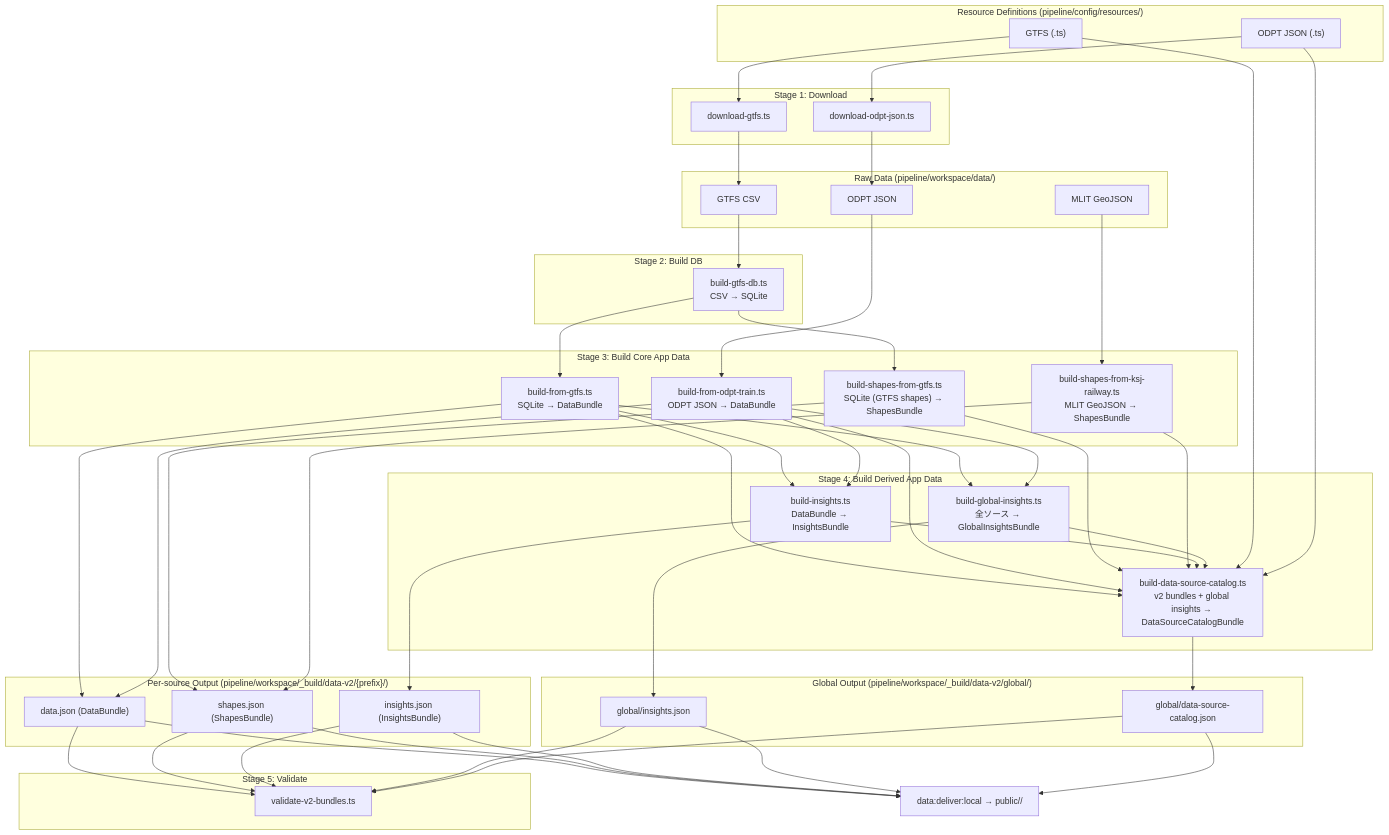
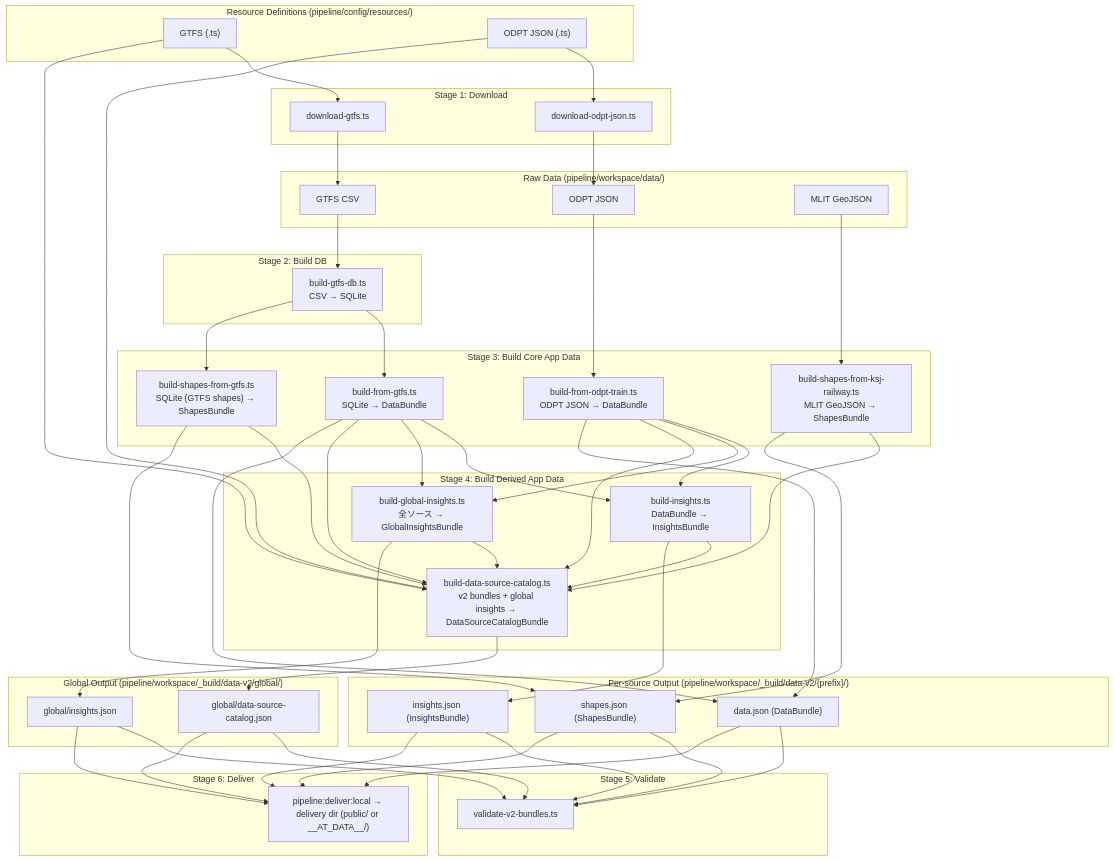
Before and after one commit to F88/athenai-transit: the diagram in pipeline/README.md, drawn with Mermaid. The commit also changed other lines of this file and 16 other files, not shown here.

First line of the commit message:
refactor(pipeline): complete Stage 6 move (refs, docs, dev plugin)

````diff
--- a/pipeline/README.md
+++ b/pipeline/README.md
@@ -78,71 +80,73 @@
 ```mermaid
 flowchart TD
     subgraph src["Resource Definitions (pipeline/config/resources/)"]
         GR["GTFS (.ts)"]
         OR["ODPT JSON (.ts)"]
     end
 
     subgraph dl["Stage 1: Download"]
         GR --> DG["download-gtfs.ts"]
         OR --> DO["download-odpt-json.ts"]
     end
 
     subgraph raw["Raw Data (pipeline/workspace/data/)"]
         DG --> CSV["GTFS CSV"]
         DO --> OJSON["ODPT JSON"]
         MLIT["MLIT GeoJSON"]
     end
 
     subgraph s2["Stage 2: Build DB"]
         CSV --> DB["build-gtfs-db.ts<br/>CSV → SQLite"]
     end
 
     subgraph s3["Stage 3: Build Core App Data"]
         DB --> BD["build-from-gtfs.ts<br/>SQLite → DataBundle"]
         OJSON --> BO["build-from-odpt-train.ts<br/>ODPT JSON → DataBundle"]
         DB --> BGS["build-shapes-from-gtfs.ts<br/>SQLite (GTFS shapes) → ShapesBundle"]
         MLIT --> BKS["build-shapes-from-ksj-railway.ts<br/>MLIT GeoJSON → ShapesBundle"]
     end
 
     subgraph s4["Stage 4: Build Derived App Data"]
         BD --> BI["build-insights.ts<br/>DataBundle → InsightsBundle"]
         BO --> BI
         BD --> BGI["build-global-insights.ts<br/>全ソース → GlobalInsightsBundle"]
         BO --> BGI
         BD --> BDC["build-data-source-catalog.ts<br/>v2 bundles + global insights → DataSourceCatalogBundle"]
         BO --> BDC
         BGS --> BDC
         BKS --> BDC
         BI --> BDC
         BGI --> BDC
         GR --> BDC
         OR --> BDC
     end
 
     subgraph outLocal["Per-source Output (pipeline/workspace/_build/data-v2/{prefix}/)"]
         BD --> JSON["data.json (DataBundle)"]
         BO --> JSON
         BGS --> SHAPES["shapes.json (ShapesBundle)"]
         BKS --> SHAPES
         BI --> INSIGHTS["insights.json (InsightsBundle)"]
     end
 
     subgraph outGlobal["Global Output (pipeline/workspace/_build/data-v2/global/)"]
         BGI --> GINSIGHTS["global/insights.json"]
         BDC --> CATALOG["global/data-source-catalog.json"]
     end
 
     subgraph s5["Stage 5: Validate"]
         JSON --> VAL["validate-v2-bundles.ts"]
         SHAPES --> VAL
         INSIGHTS --> VAL
         GINSIGHTS --> VAL
         CATALOG --> VAL
     end
 
-    JSON --> SYNC["data:deliver:local → public/<PIPELINE_TRANSIT_DATA_DIR>/"]
-    SHAPES --> SYNC
-    INSIGHTS --> SYNC
-    GINSIGHTS --> SYNC
-    CATALOG --> SYNC
+    subgraph s6["Stage 6: Deliver"]
+        JSON --> DELIVER["pipeline:deliver:local → delivery dir (public/ or __AT_DATA__/)"]
+        SHAPES --> DELIVER
+        INSIGHTS --> DELIVER
+        GINSIGHTS --> DELIVER
+        CATALOG --> DELIVER
+    end
 ```
````
